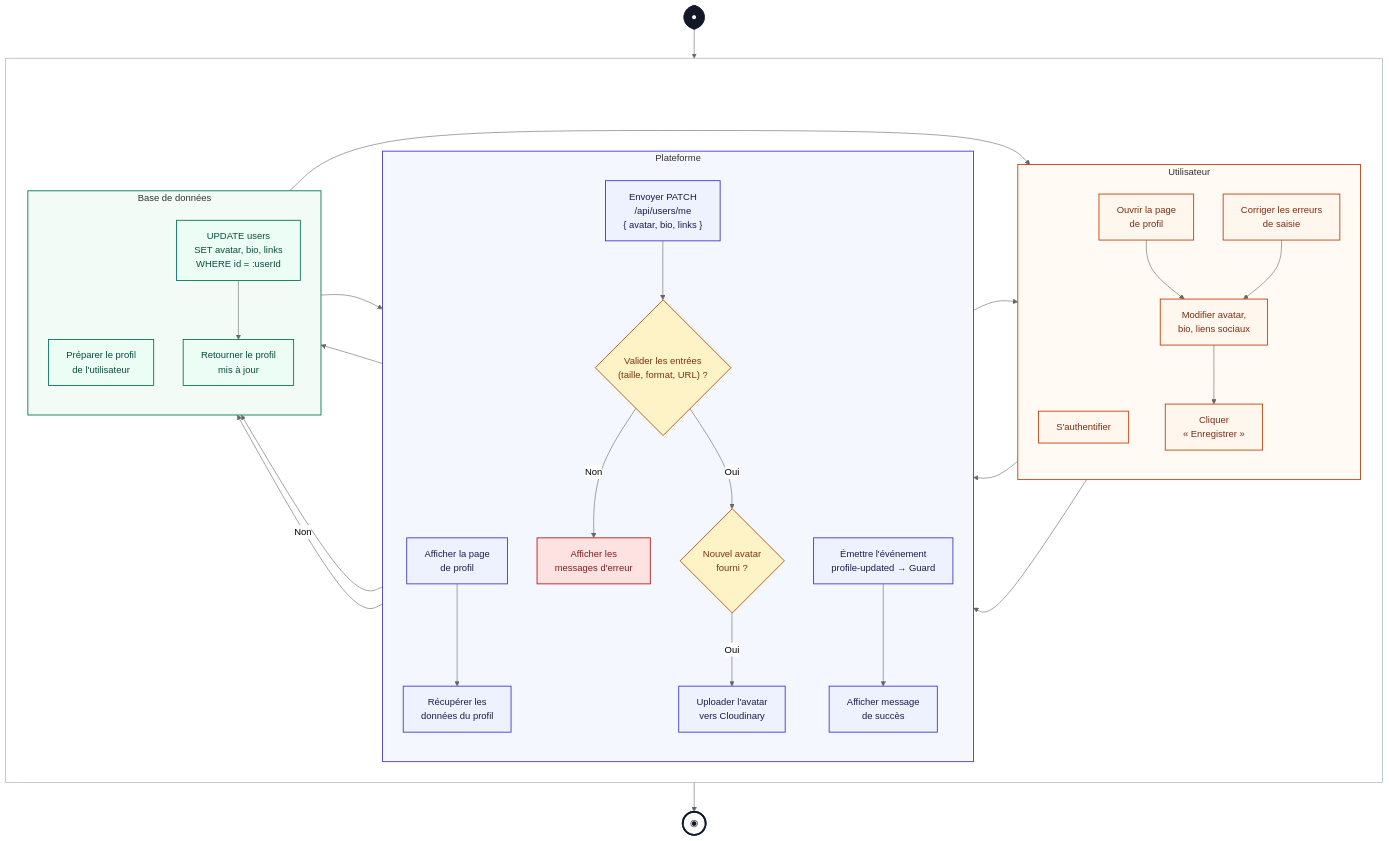
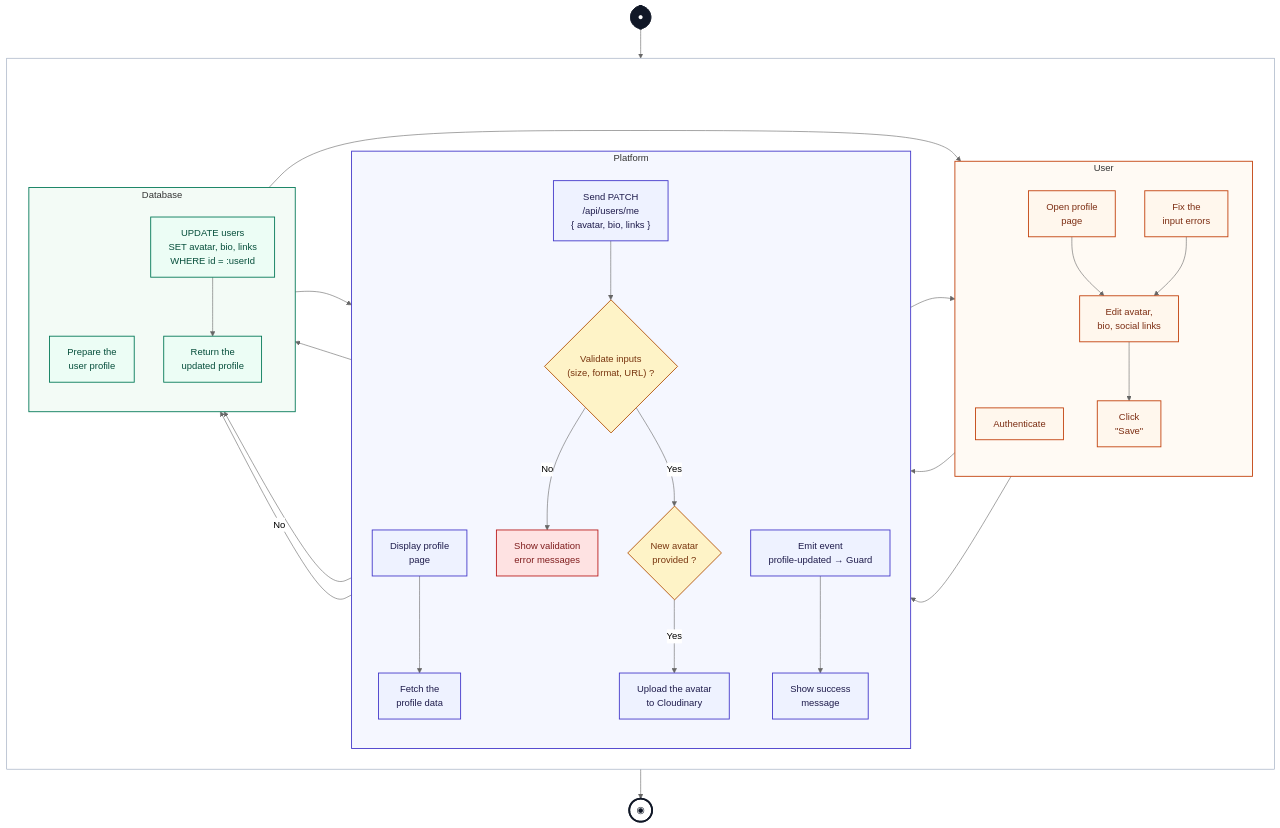
The ninth of 14 diagrams in docs/05_chapitre3_sprint1.md (MaizaAymen/OmniLearn), drawn with Mermaid before and after one commit.

````diff
--- a/docs/05_chapitre3_sprint1.md
+++ b/docs/05_chapitre3_sprint1.md
@@ -550,76 +550,76 @@
 ```mermaid
 %%{init: {"theme":"neutral", "flowchart": {"htmlLabels": true}} }%%
 flowchart TB
   Start([●]):::startNode
 
   subgraph LANES[" "]
     direction LR
 
-    subgraph USER["Utilisateur"]
+    subgraph USER["User"]
       direction TB
-      U1["S'authentifier"]:::userNode
-      U2["Ouvrir la page<br/>de profil"]:::userNode
-      U3["Modifier avatar,<br/>bio, liens sociaux"]:::userNode
-      U4["Cliquer<br/>« Enregistrer »"]:::userNode
-      U5["Corriger les erreurs<br/>de saisie"]:::userNode
+      U1["Authenticate"]:::userNode
+      U2["Open profile<br/>page"]:::userNode
+      U3["Edit avatar,<br/>bio, social links"]:::userNode
+      U4["Click<br/>&quot;Save&quot;"]:::userNode
+      U5["Fix the<br/>input errors"]:::userNode
     end
 
-    subgraph PLAT["Plateforme"]
+    subgraph PLAT["Platform"]
       direction TB
-      P1["Afficher la page<br/>de profil"]:::platNode
-      P2["Récupérer les<br/>données du profil"]:::platNode
-      P3["Envoyer PATCH<br/>/api/users/me<br/>{ avatar, bio, links }"]:::platNode
-      P4{"Valider les entrées<br/>(taille, format, URL) ?"}:::decisionNode
-      P5["Afficher les<br/>messages d'erreur"]:::errorNode
-      P6{"Nouvel avatar<br/>fourni ?"}:::decisionNode
-      P7["Uploader l'avatar<br/>vers Cloudinary"]:::platNode
-      P8["Émettre l'événement<br/>profile-updated → Guard"]:::platNode
-      P9["Afficher message<br/>de succès"]:::platNode
+      P1["Display profile<br/>page"]:::platNode
+      P2["Fetch the<br/>profile data"]:::platNode
+      P3["Send PATCH<br/>/api/users/me<br/>{ avatar, bio, links }"]:::platNode
+      P4{"Validate inputs<br/>(size, format, URL) ?"}:::decisionNode
+      P5["Show validation<br/>error messages"]:::errorNode
+      P6{"New avatar<br/>provided ?"}:::decisionNode
+      P7["Upload the avatar<br/>to Cloudinary"]:::platNode
+      P8["Emit event<br/>profile-updated → Guard"]:::platNode
+      P9["Show success<br/>message"]:::platNode
     end
 
-    subgraph DB["Base de données"]
+    subgraph DB["Database"]
       direction TB
-      D1["Préparer le profil<br/>de l'utilisateur"]:::dbNode
+      D1["Prepare the<br/>user profile"]:::dbNode
       D2["UPDATE users<br/>SET avatar, bio, links<br/>WHERE id = :userId"]:::dbNode
-      D3["Retourner le profil<br/>mis à jour"]:::dbNode
+      D3["Return the<br/>updated profile"]:::dbNode
     end
   end
 
   End([◉]):::endNode
 
   %% ── Flow across lanes ─────────────────────────
   Start --> U1
   U1 --> P1
   P1 --> P2
   P2 --> D1
   D1 --> U2
   U2 --> U3
   U3 --> U4
   U4 --> P3
   P3 --> P4
-  P4 -- "Non" --> P5
+  P4 -- "No" --> P5
   P5 --> U5
   U5 --> U3
-  P4 -- "Oui" --> P6
-  P6 -- "Oui" --> P7
+  P4 -- "Yes" --> P6
+  P6 -- "Yes" --> P7
   P7 --> D2
-  P6 -- "Non" --> D2
+  P6 -- "No" --> D2
   D2 --> D3
   D3 --> P8
   P8 --> P9
   P9 --> End
 
   %% ── Styles ────────────────────────────────────
   classDef userNode     fill:#fff7ed,stroke:#c2410c,stroke-width:1.5px,color:#7c2d12
   classDef platNode     fill:#eef2ff,stroke:#4338ca,stroke-width:1.5px,color:#1e1b4b
   classDef dbNode       fill:#ecfdf5,stroke:#047857,stroke-width:1.5px,color:#064e3b
   classDef decisionNode fill:#fef3c7,stroke:#b45309,stroke-width:1.5px,color:#78350f
   classDef errorNode    fill:#fee2e2,stroke:#b91c1c,stroke-width:1.5px,color:#7f1d1d
   classDef startNode    fill:#111827,stroke:#111827,color:#fff
   classDef endNode      fill:#fff,stroke:#111827,stroke-width:3px,color:#111827
 
   style LANES fill:#ffffff,stroke:#94a3b8,stroke-width:1px
   style USER  fill:#fffaf4,stroke:#c2410c,stroke-width:1.5px
   style PLAT  fill:#f5f7ff,stroke:#4338ca,stroke-width:1.5px
   style DB    fill:#f3fbf6,stroke:#047857,stroke-width:1.5px
 ```
````
